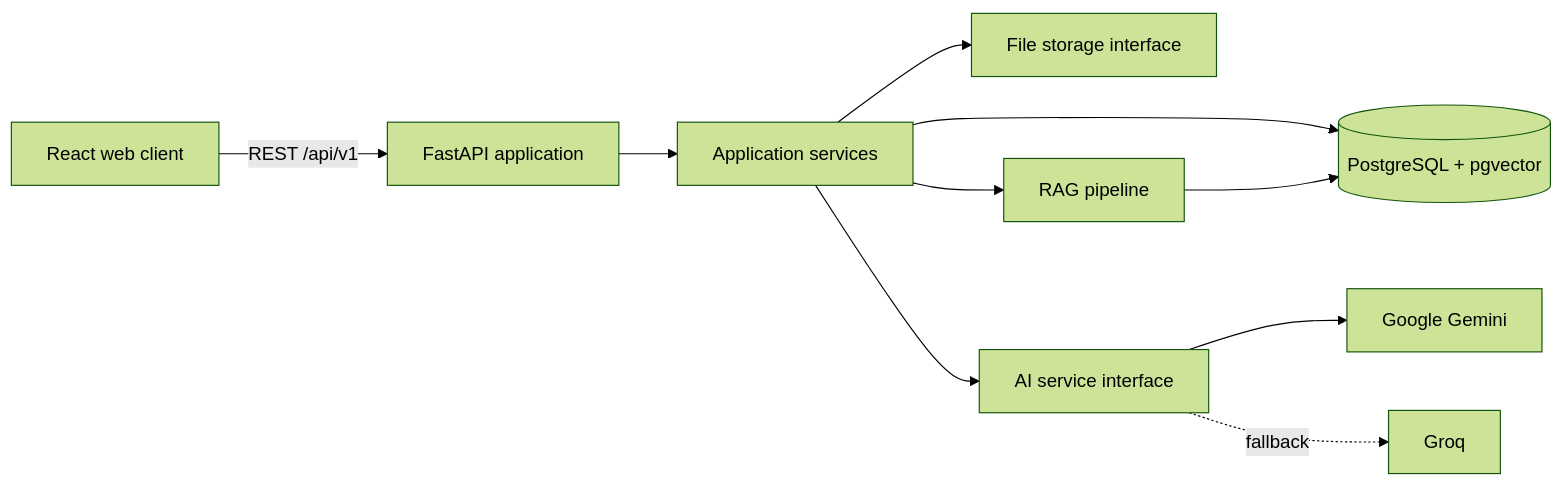
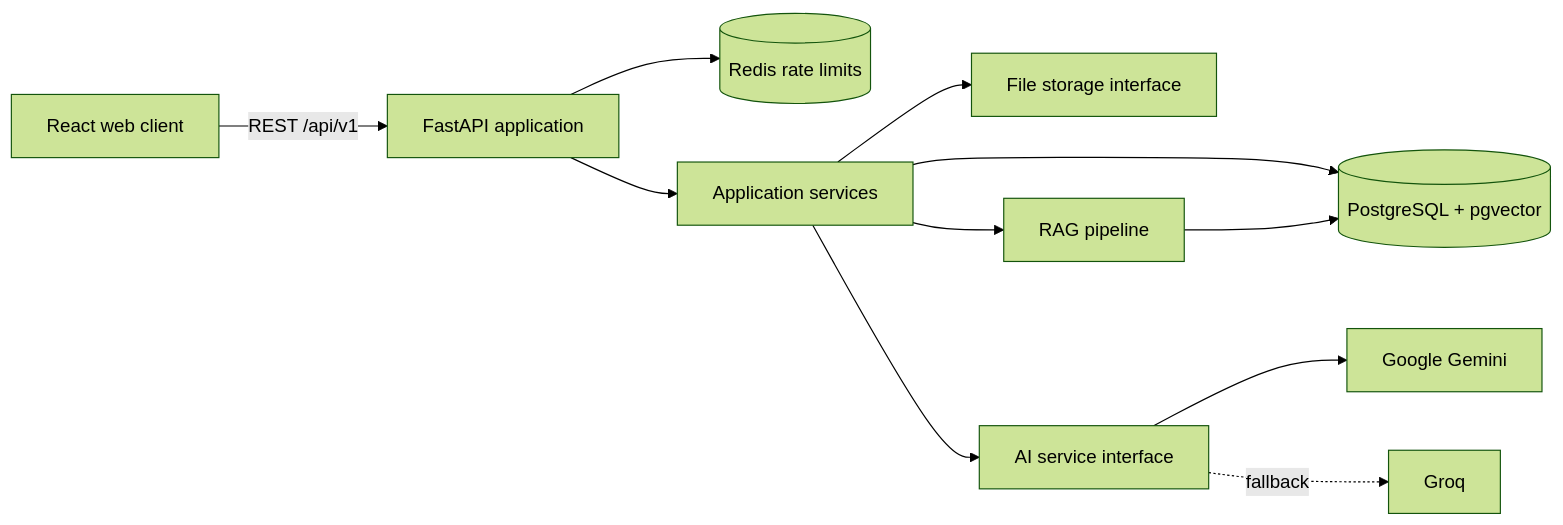
Before and after one commit to Leandrosp9/webapp-workflix: the diagram in docs/architecture.md, drawn with Mermaid (forest theme). The commit also changed other lines of this file and 3 other files, not shown here.

````diff
--- a/docs/architecture.md
+++ b/docs/architecture.md
@@ -11,12 +11,13 @@
 ```mermaid
 flowchart LR
     Browser[React web client] -->|REST /api/v1| API[FastAPI application]
+    API --> Redis[(Redis rate limits)]
     API --> Domain[Application services]
     Domain --> DB[(PostgreSQL + pgvector)]
     Domain --> Storage[File storage interface]
     Domain --> AI[AI service interface]
     AI --> Gemini[Google Gemini]
     AI -. fallback .-> Groq[Groq]
     Domain --> RAG[RAG pipeline]
     RAG --> DB
 ```
````
